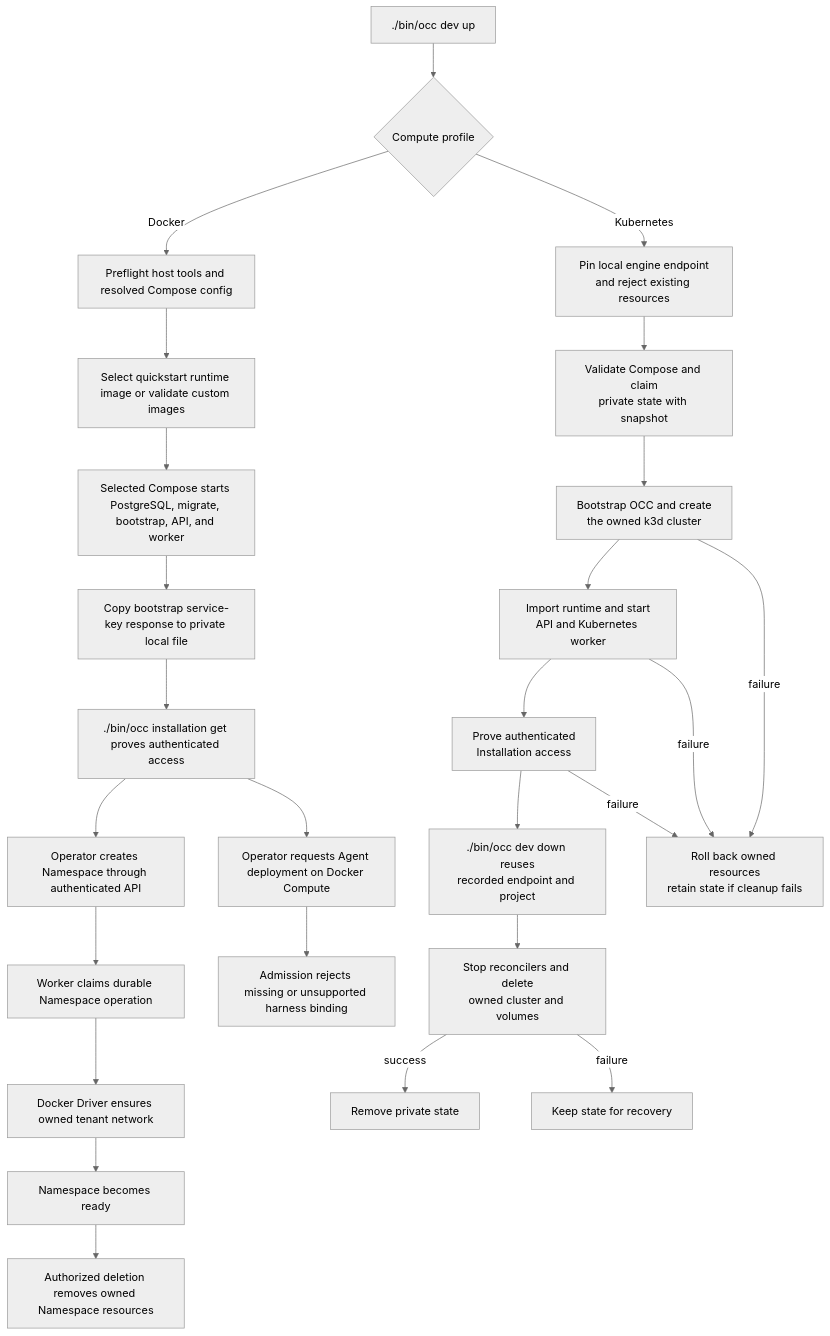
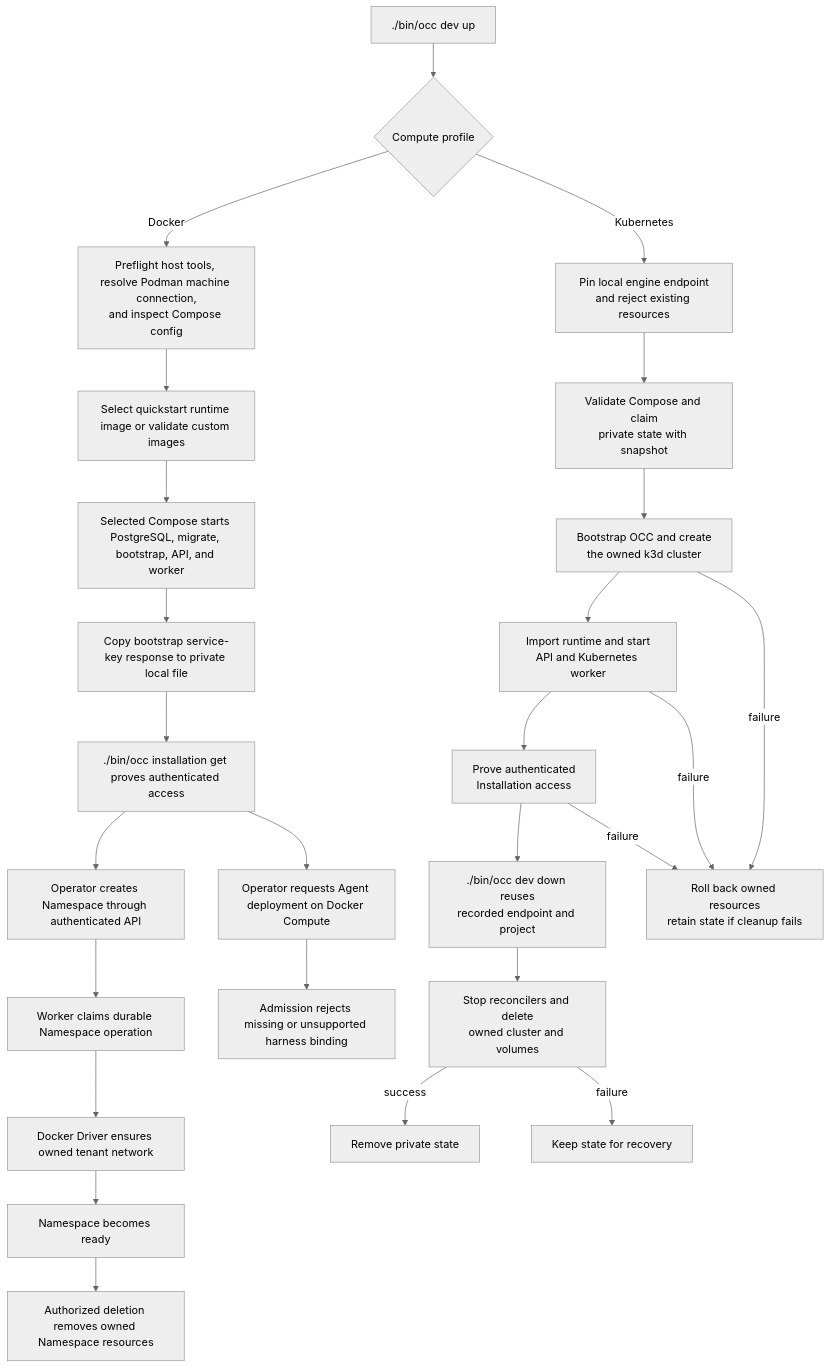
One commit to IsaiahStapleton/openclaw-enterprise changed the diagram in docs/flows/docker-compose-development.md. Above: the diagram before and after it, drawn with Mermaid (neutral theme). The commit also changed other lines of this file and 9 other files, not shown here.

````diff
--- a/docs/flows/docker-compose-development.md
+++ b/docs/flows/docker-compose-development.md
@@ -46,28 +46,28 @@
 ```mermaid
 graph TD
   A["./bin/occ dev up"] --> Profile{"Compute profile"}
-  Profile -->|Docker| B["Preflight host tools and resolved Compose config"]
+  Profile -->|Docker| B["Preflight host tools, resolve Podman machine connection,<br/>and inspect Compose config"]
   Profile -->|Kubernetes| KPre["Pin local engine endpoint<br/>and reject existing resources"]
   KPre --> KConfig["Validate Compose and claim<br/>private state with snapshot"]
   KConfig --> KStart["Bootstrap OCC and create<br/>the owned k3d cluster"]
   KStart --> KReady["Import runtime and start<br/>API and Kubernetes worker"]
   KReady --> KProof["Prove authenticated<br/>Installation access"]
   KProof --> KDown["./bin/occ dev down reuses<br/>recorded endpoint and project"]
   KStart -->|failure| KRollback["Roll back owned resources<br/>retain state if cleanup fails"]
   KReady -->|failure| KRollback
   KProof -->|failure| KRollback
   KDown --> KRemove["Stop reconcilers and delete<br/>owned cluster and volumes"]
   KRemove -->|success| KDone["Remove private state"]
   KRemove -->|failure| KRetain["Keep state for recovery"]
   B --> C["Select quickstart runtime image or validate custom images"]
   C --> D["Selected Compose starts PostgreSQL, migrate, bootstrap, API, and worker"]
   D --> E["Copy bootstrap service-key response to private local file"]
   E --> F["./bin/occ installation get proves authenticated access"]
   F --> G["Operator creates Namespace through authenticated API"]
   G --> H["Worker claims durable Namespace operation"]
   H --> I["Docker Driver ensures owned tenant network"]
   I --> J["Namespace becomes ready"]
   F --> K["Operator requests Agent deployment on Docker Compute"]
   K --> L["Admission rejects missing or unsupported harness binding"]
   J --> M["Authorized deletion removes owned Namespace resources"]
 ```
````
